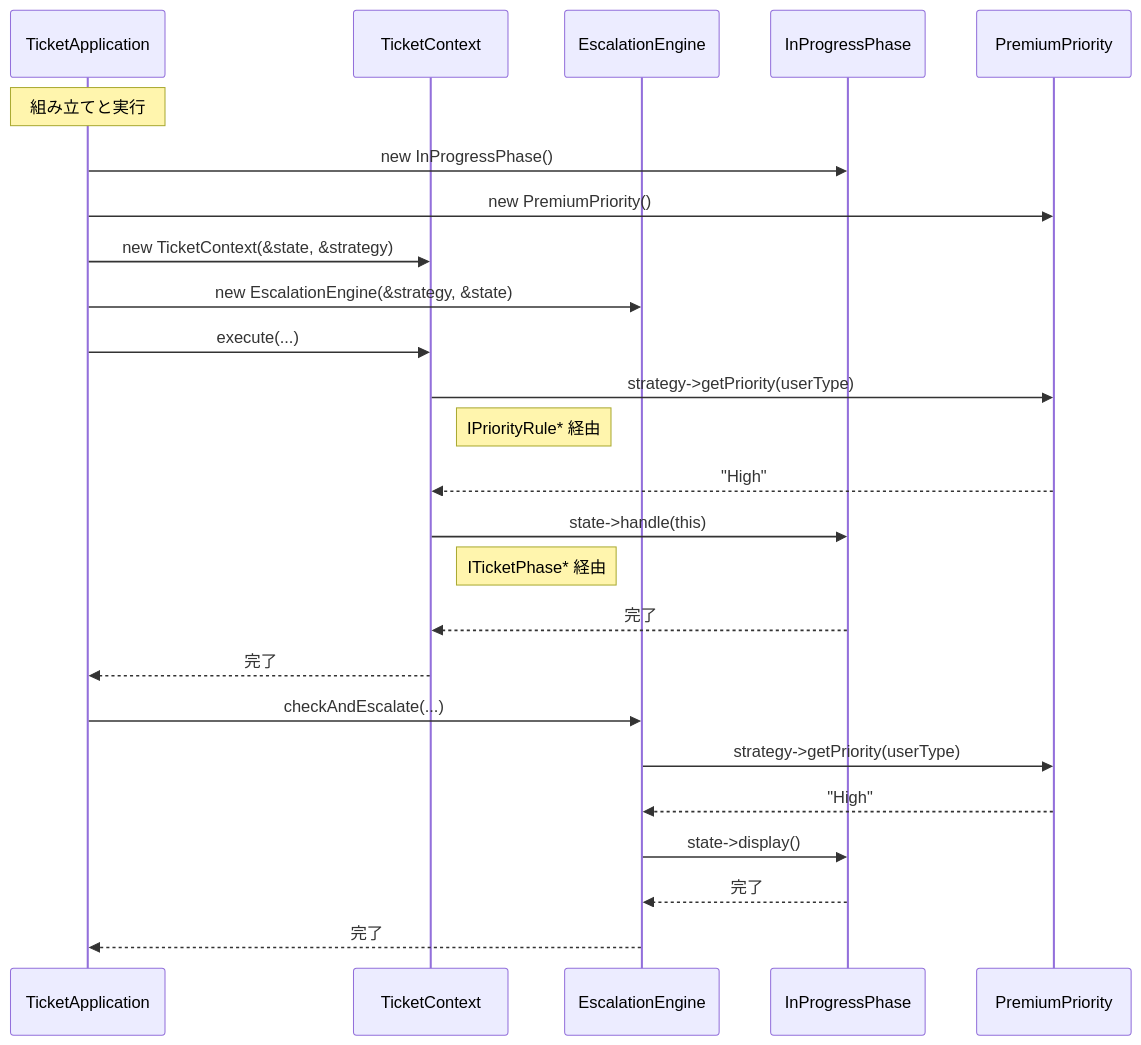
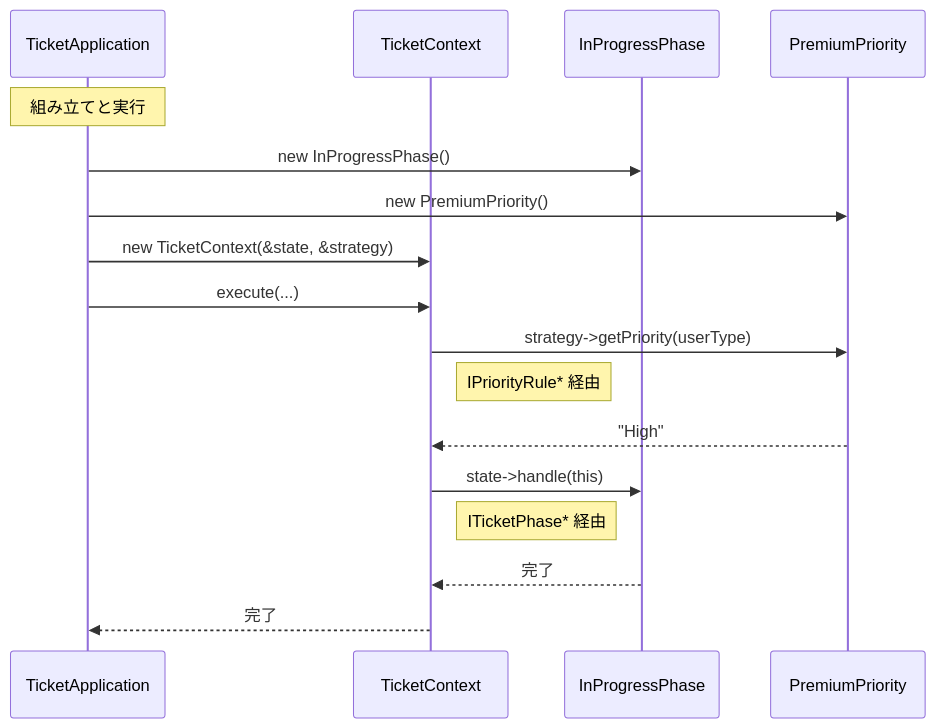
Before and after one commit to kumachan1101-pixel/DesignPattern: the eighth of 11 diagrams in kindle/design-patterns/output/chapter09_2.md, drawn with Mermaid. The commit also changed other lines of this file and 7 other files, not shown here.

````diff
--- a/kindle/design-patterns/output/chapter09_2.md
+++ b/kindle/design-patterns/output/chapter09_2.md
@@ -1355,27 +1197,19 @@
 ```mermaid
 sequenceDiagram
     participant App as TicketApplication
     participant TM as TicketContext
-    participant EE as EscalationEngine
     participant IS as InProgressPhase
     participant PP as PremiumPriority
     Note over App: 組み立てと実行
     App->>IS: new InProgressPhase()
     App->>PP: new PremiumPriority()
     App->>TM: new TicketContext(&state, &strategy)
-    App->>EE: new EscalationEngine(&strategy, &state)
     App->>TM: execute(...)
     TM->>PP: strategy->getPriority(userType)
     Note right of TM: IPriorityRule* 経由
     PP-->>TM: "High"
     TM->>IS: state->handle(this)
     Note right of TM: ITicketPhase* 経由
     IS-->>TM: 完了
     TM-->>App: 完了
-    App->>EE: checkAndEscalate(...)
-    EE->>PP: strategy->getPriority(userType)
-    PP-->>EE: "High"
-    EE->>IS: state->display()
-    IS-->>EE: 完了
-    EE-->>App: 完了
 ```
````
